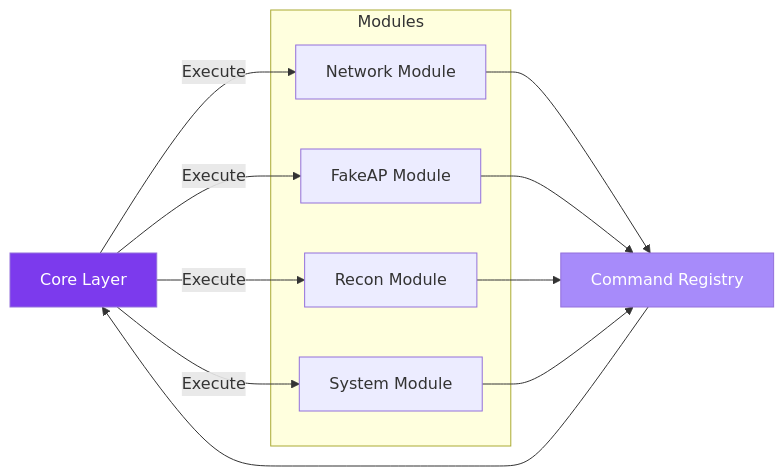
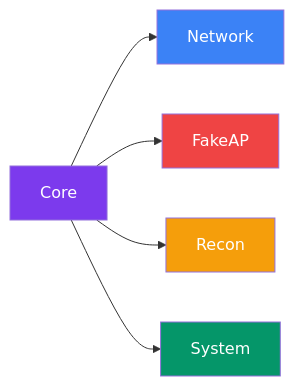
The second of 7 diagrams in docs/getting-started/architecture.md (Espilon-Net/espilon-docs), drawn with Mermaid before and after one commit. The commit also changed other lines of this file and 12 other files, not shown here.

````diff
--- a/docs/getting-started/architecture.md
+++ b/docs/getting-started/architecture.md
@@ -43,26 +33,13 @@
 ```mermaid
 graph LR
-    CORE[Core Layer]
-    REG[Command Registry]
-
-    subgraph "Modules"
-        NET[Network Module]
-        FAKE[FakeAP Module]
-        RECON[Recon Module]
-        SYS[System Module]
-    end
-
-    NET --> REG
-    FAKE --> REG
-    RECON --> REG
-    SYS --> REG
-
-    REG --> CORE
-    CORE -->|Execute| NET
-    CORE -->|Execute| FAKE
-    CORE -->|Execute| RECON
-    CORE -->|Execute| SYS
+    CORE[Core] --> NET[Network]
+    CORE --> FAKE[FakeAP]
+    CORE --> RECON[Recon]
+    CORE --> SYS[System]
 
     style CORE fill:#7c3aed,color:#fff
-    style REG fill:#a78bfa,color:#fff
+    style NET fill:#3b82f6,color:#fff
+    style FAKE fill:#ef4444,color:#fff
+    style RECON fill:#f59e0b,color:#fff
+    style SYS fill:#059669,color:#fff
 ```
````
